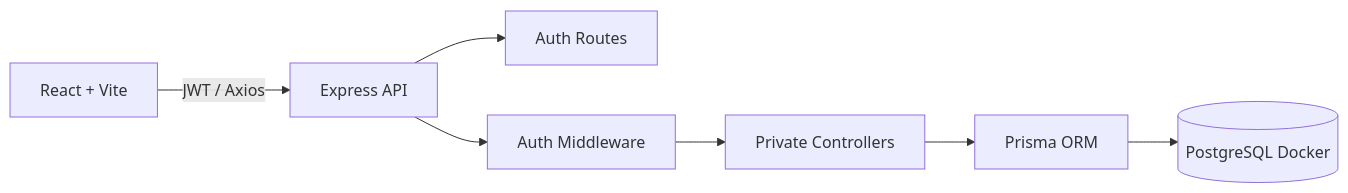
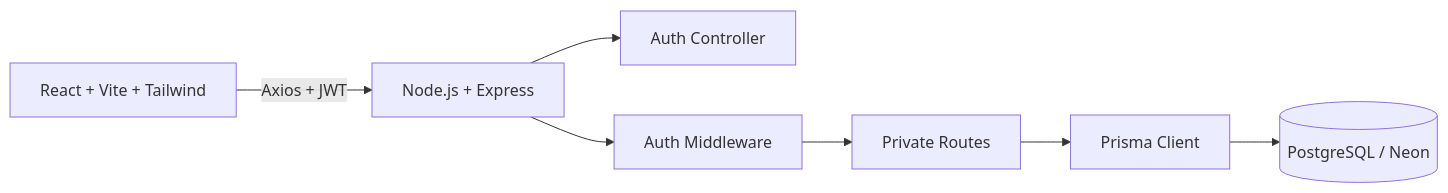
The first of 2 diagrams in docs/APRESENTACAO_TECNICA.md (RenzoFernandes/process-hub), drawn with Mermaid before and after one commit. The commit also changed other lines of this file and 8 other files, not shown here.

````diff
--- a/docs/APRESENTACAO_TECNICA.md
+++ b/docs/APRESENTACAO_TECNICA.md
@@ -38,9 +33,9 @@
 ```mermaid
 flowchart LR
-  Browser[React + Vite] -->|JWT / Axios| API[Express API]
-  API --> Auth[Auth Routes]
-  API --> Middleware[Auth Middleware]
-  Middleware --> Controllers[Private Controllers]
-  Controllers --> Prisma[Prisma ORM]
-  Prisma --> DB[(PostgreSQL Docker)]
+  Frontend[React + Vite + Tailwind] -->|Axios + JWT| Backend[Node.js + Express]
+  Backend --> Auth[Auth Controller]
+  Backend --> Middleware[Auth Middleware]
+  Middleware --> Routes[Private Routes]
+  Routes --> Prisma[Prisma Client]
+  Prisma --> Postgres[(PostgreSQL / Neon)]
 ```
````
